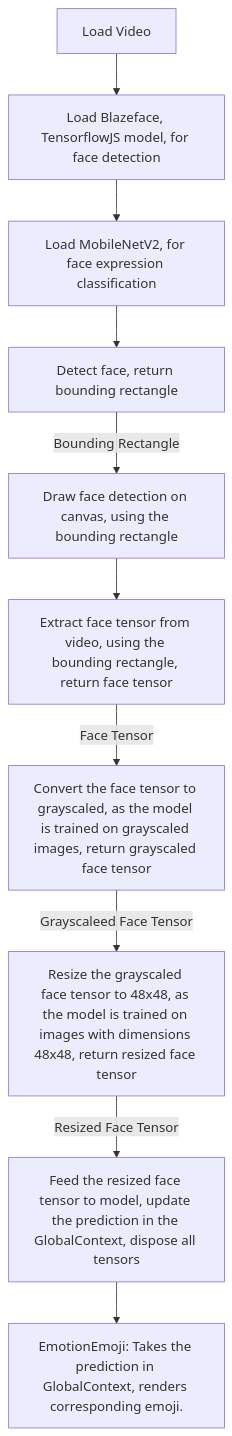
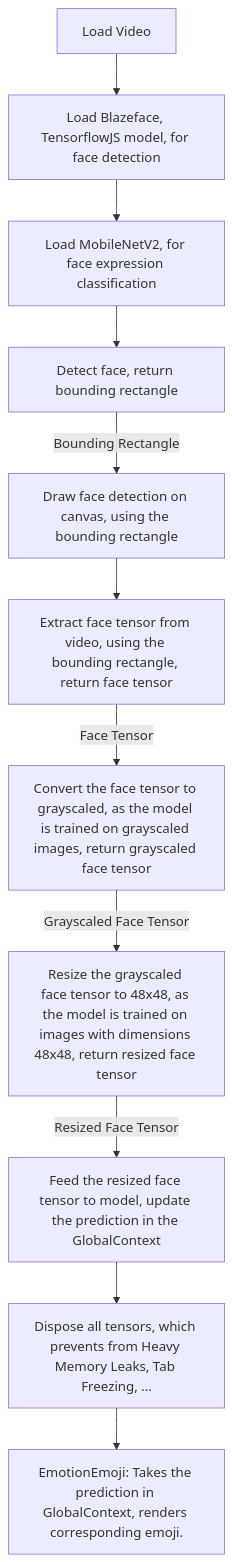
The diagram in README.md (Eessh/keras-models-in-tfjs), drawn with Mermaid before and after one commit. The commit also changed other lines of this file and 2 other files, not shown here.

Commit message:
Removed recharts npm package, as it is not used, updated README.md

````diff
--- a/README.md
+++ b/README.md
@@ -13,12 +13,13 @@
 ```mermaid
 flowchart TD
   A[Load Video] --> B[Load Blazeface, TensorflowJS model, for face detection];
   B --> C[Load MobileNetV2, for face expression classification];
   C --> D[Detect face, return bounding rectangle]
-  D --> |Bounding Rectangle| E[Draw face detection on canvas, using the bounding rectangle]
+  D --> | Bounding Rectangle | E[Draw face detection on canvas, using the bounding rectangle]
   E --> F[Extract face tensor from video, using the bounding rectangle, return face tensor]
-  F --> |Face Tensor| G[Convert the face tensor to grayscaled, as the model is trained on grayscaled images, return grayscaled face tensor]
-  G --> |Grayscaleed Face Tensor| H[Resize the grayscaled face tensor to 48x48, as the model is trained on images with dimensions 48x48, return resized face tensor]
-  H --> |Resized Face Tensor| I[Feed the resized face tensor to model, update the prediction in the GlobalContext, dispose all tensors]
-  I --> J[EmotionEmoji: Takes the prediction in GlobalContext, renders corresponding emoji.]
+  F --> | Face Tensor | G[Convert the face tensor to grayscaled, as the model is trained on grayscaled images, return grayscaled face tensor]
+  G --> | Grayscaled Face Tensor | H[Resize the grayscaled face tensor to 48x48, as the model is trained on images with dimensions 48x48, return resized face tensor]
+  H --> | Resized Face Tensor | I[Feed the resized face tensor to model, update the prediction in the GlobalContext]
+  I --> J[Dispose all tensors, which prevents from Heavy Memory Leaks, Tab Freezing, ...]
+  J --> K[EmotionEmoji: Takes the prediction in GlobalContext, renders corresponding emoji.]
 ```
````
